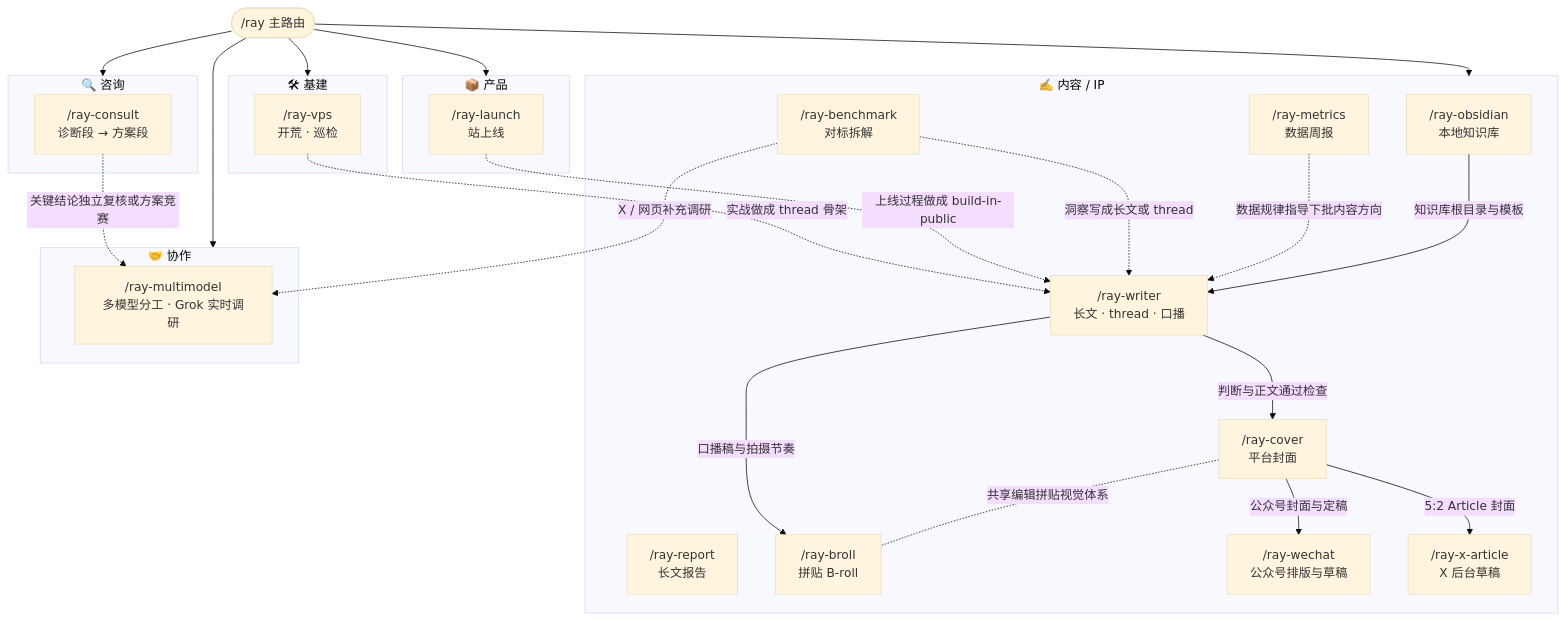
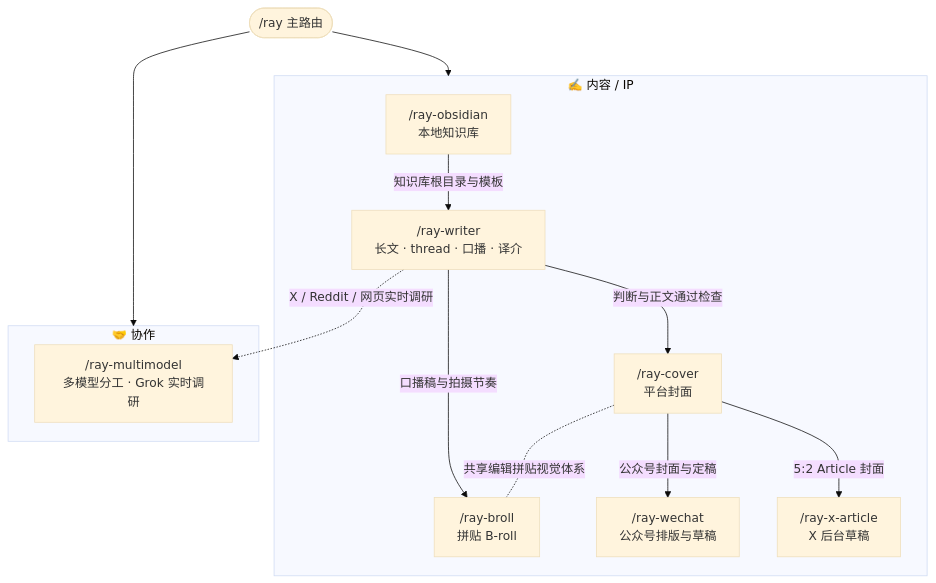
The diagram in docs/skill-link-map.md (imraywang/rayskills), drawn with Mermaid (base theme) before and after one commit. The commit also changed other lines of this file and 35 other files, not shown here.

````diff
--- a/docs/skill-link-map.md
+++ b/docs/skill-link-map.md
@@ -5,45 +5,28 @@
 ```mermaid
 flowchart TD
     RAY(["/ray 主路由"])
 
-    subgraph INFRA["🛠 基建"]
-        VPS["/ray-vps\n开荒 · 巡检"]
-    end
     subgraph CONTENT["✍️ 内容 / IP"]
         OBSIDIAN["/ray-obsidian\n本地知识库"]
-        METRICS["/ray-metrics\n数据周报"]
-        BENCH["/ray-benchmark\n对标拆解"]
-        REPORT["/ray-report\n长文报告"]
-        WRITER["/ray-writer\n长文 · thread · 口播"]
+        WRITER["/ray-writer\n长文 · thread · 口播 · 译介"]
         COVER["/ray-cover\n平台封面"]
         BROLL["/ray-broll\n拼贴 B-roll"]
         WECHAT["/ray-wechat\n公众号排版与草稿"]
         XARTICLE["/ray-x-article\nX 后台草稿"]
     end
-    subgraph CONSULT["🔍 咨询"]
-        CONSULTSKILL["/ray-consult\n诊断段 → 方案段"]
-    end
-    subgraph PRODUCT["📦 产品"]
-        LAUNCH["/ray-launch\n站上线"]
-    end
     subgraph COLLAB["🤝 协作"]
         MULTI["/ray-multimodel\n多模型分工 · Grok 实时调研"]
     end
 
-    RAY --> INFRA & CONTENT & CONSULT & PRODUCT & COLLAB
+    RAY --> CONTENT & COLLAB
 
     %% 常见衔接
-    VPS -.->|实战做成 thread 骨架| WRITER
-    LAUNCH -.->|上线过程做成 build-in-public| WRITER
-    BENCH -.->|洞察写成长文或 thread| WRITER
-    METRICS -.->|数据规律指导下批内容方向| WRITER
     OBSIDIAN -->|知识库根目录与模板| WRITER
     WRITER -->|判断与正文通过检查| COVER
     WRITER -->|口播稿与拍摄节奏| BROLL
     COVER -->|公众号封面与定稿| WECHAT
     COVER -->|5:2 Article 封面| XARTICLE
     COVER -.-|共享编辑拼贴视觉体系| BROLL
 
-    BENCH -.->|X / 网页补充调研| MULTI
-    CONSULTSKILL -.->|关键结论独立复核或方案竞赛| MULTI
+    WRITER -.->|X / Reddit / 网页实时调研| MULTI
 ```
````
